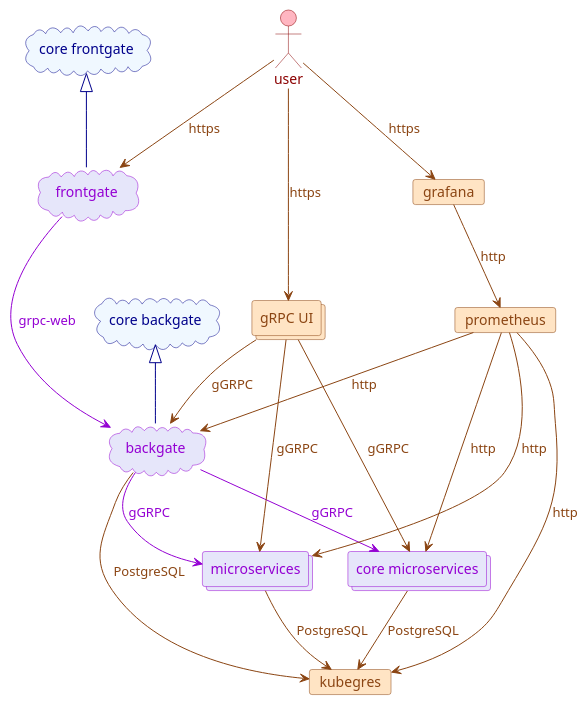
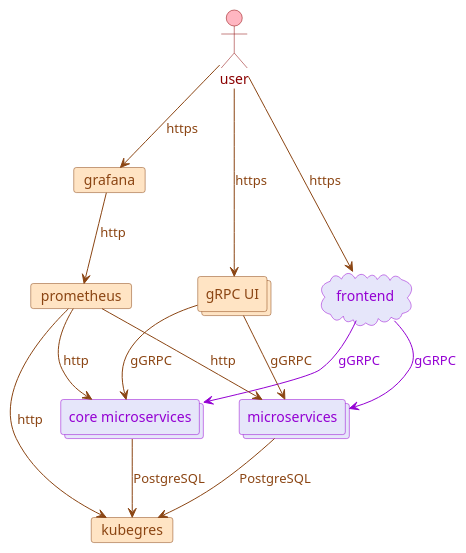
One commit to LanDinh/khaleesi-ninja changed the diagram in documentation/images/folder-structure/kubernetes-logical-structure.puml. Above: the diagram before and after it, drawn with PlantUML. The commit also changed 11 other files, not shown here.

```diff
--- a/documentation/images/folder-structure/kubernetes-logical-structure.puml
+++ b/documentation/images/folder-structure/kubernetes-logical-structure.puml
@@ -1,48 +1,37 @@
 @startuml
 actor user as user #lightpink;line:darkred;text:darkred
 
-' GATE
-cloud       "frontgate"     as frontgate    #lavender;line:darkviolet;text:darkviolet
-cloud       "backgate"      as backgate     #lavender;line:darkviolet;text:darkviolet
+' APP
+cloud       "frontend"      as frontend     #lavender;line:darkviolet;text:darkviolet
 collections "microservices" as microservice #lavender;line:darkviolet;text:darkviolet
 
 ' CORE
-cloud       "core frontgate"     as core_frontgate    #aliceblue;line:darkblue;text:darkblue
-cloud       "core backgate"      as core_backgate     #aliceblue;line:darkblue;text:darkblue
 collections "core microservices" as core_microservice #lavender;line:darkviolet;text:darkviolet
 
 ' 3RD PARTY
 card        "kubegres"   as kubegres   #bisque;line:saddlebrown;text:saddlebrown
 card        "prometheus" as prometheus #bisque;line:saddlebrown;text:saddlebrown
 card        "grafana"    as grafana    #bisque;line:saddlebrown;text:saddlebrown
 collections "gRPC UI"    as grpcui     #bisque;line:saddlebrown;text:saddlebrown
 
-' gate connections
-user      --> frontgate         #saddlebrown;text:saddlebrown : https
-frontgate --> backgate          #darkviolet;text:darkviolet   : "grpc-web"
-backgate  --> core_microservice #darkviolet;text:darkviolet   : gGRPC
-backgate  --> microservice      #darkviolet;text:darkviolet   : gGRPC
-
-' gate inheritance
-core_frontgate ^-- frontgate #darkblue
-core_backgate  ^-- backgate  #darkblue
+' app connections
+user      --> frontend          #saddlebrown;text:saddlebrown : https
+frontend  --> core_microservice #darkviolet;text:darkviolet   : gGRPC
+frontend  --> microservice      #darkviolet;text:darkviolet   : gGRPC
 
 ' kubegres connection
-backgate          --> kubegres #saddlebrown;text:saddlebrown : PostgreSQL
 microservice      --> kubegres #saddlebrown;text:saddlebrown : PostgreSQL
 core_microservice --> kubegres #saddlebrown;text:saddlebrown : PostgreSQL
 
 ' grpcui connection
 user   --> grpcui            #saddlebrown;text:saddlebrown : https
-grpcui --> backgate          #saddlebrown;text:saddlebrown : gGRPC
 grpcui --> microservice      #saddlebrown;text:saddlebrown : gGRPC
 grpcui --> core_microservice #saddlebrown;text:saddlebrown : gGRPC
 
 ' prometheus connection
 user       --> grafana           #saddlebrown;text:saddlebrown : https
 grafana    --> prometheus        #saddlebrown;text:saddlebrown : http
-prometheus --> backgate          #saddlebrown;text:saddlebrown : http
 prometheus --> microservice      #saddlebrown;text:saddlebrown : http
 prometheus --> core_microservice #saddlebrown;text:saddlebrown : http
 prometheus --> kubegres          #saddlebrown;text:saddlebrown : http
 @enduml
```
